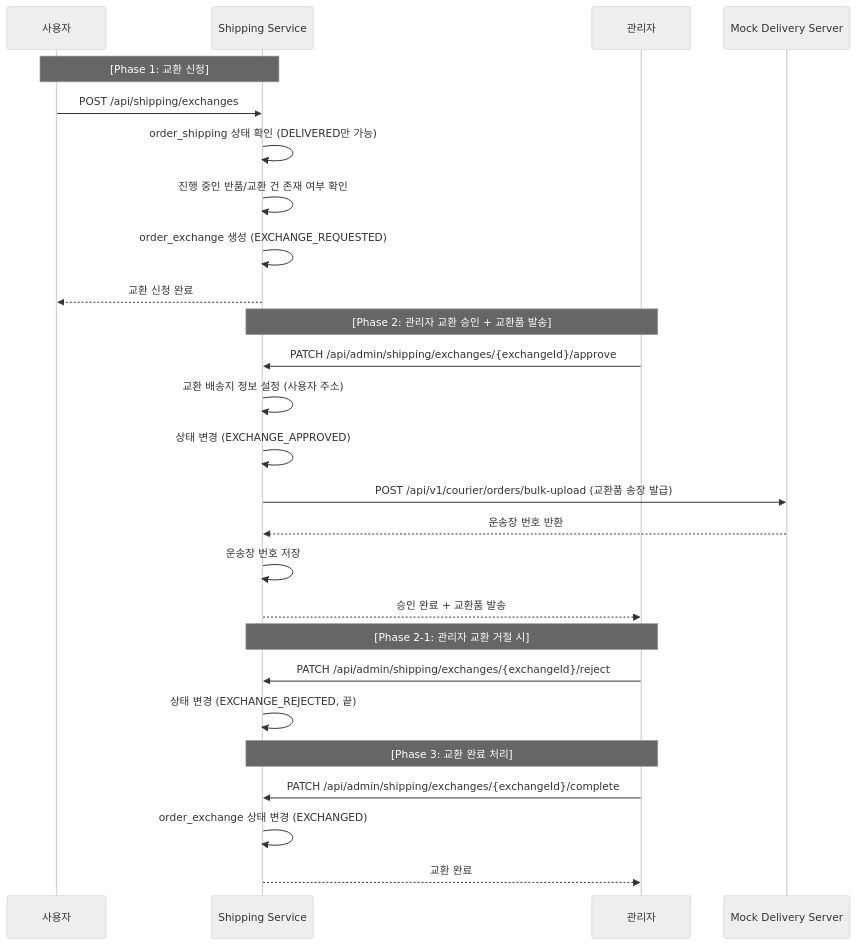
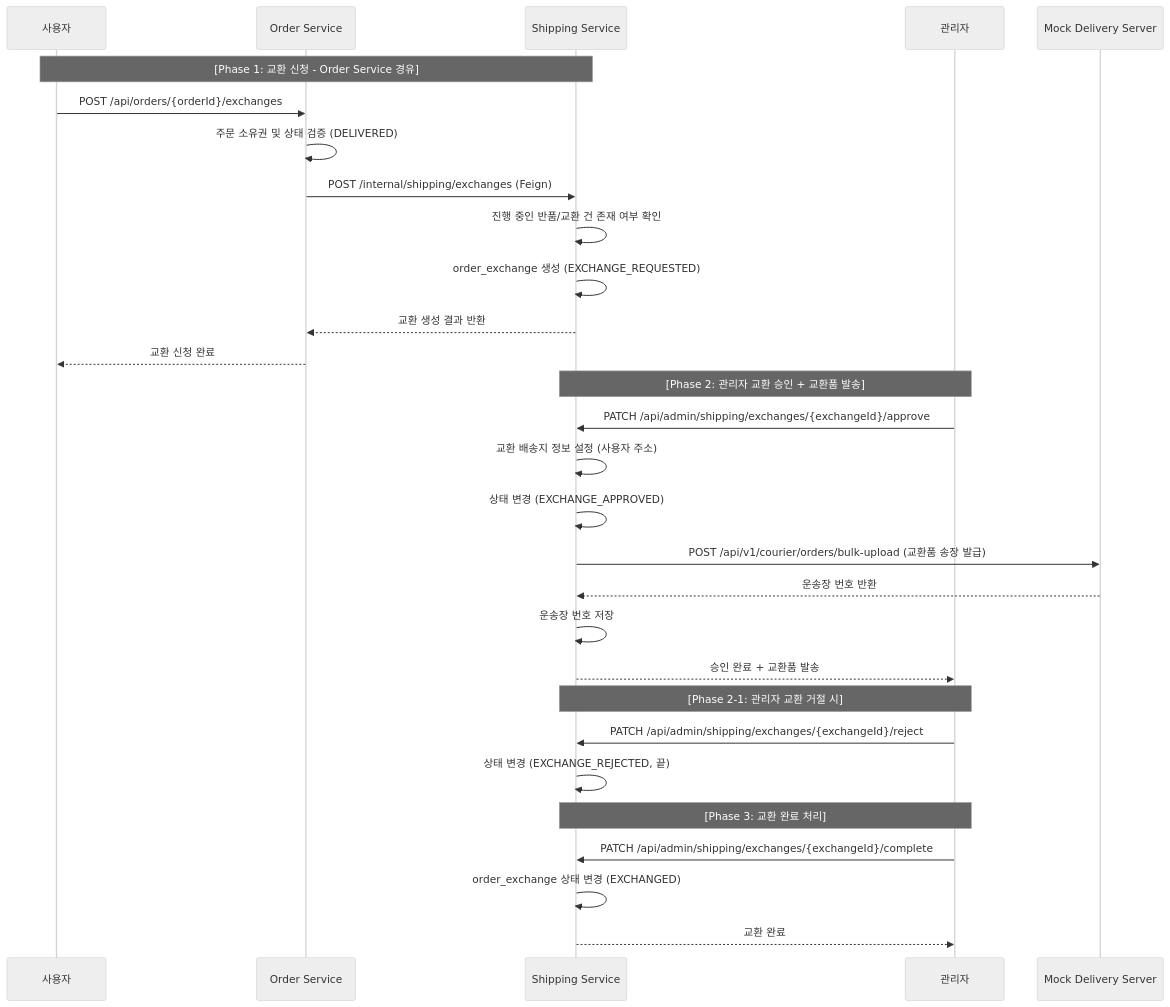
The fourth of 4 diagrams in service/shipping-service/README.md (gr1993/ecommerce-msa), drawn with Mermaid (neutral theme) before and after one commit. The commit also changed other lines of this file, not shown here.

Commit message:
docs(shipping): README 파일 반품, 교환 프로세스 문구 수정

````diff
--- a/service/shipping-service/README.md
+++ b/service/shipping-service/README.md
@@ -181,32 +208,35 @@
 ```mermaid
 sequenceDiagram
     participant User as 사용자
+    participant Order as Order Service
     participant Ship as Shipping Service
     participant Admin as 관리자
     participant Mock as Mock Delivery Server
 
-    Note over User, Ship: [Phase 1: 교환 신청]
-    User->>Ship: POST /api/shipping/exchanges
-    Ship->>Ship: order_shipping 상태 확인 (DELIVERED만 가능)
+    Note over User, Ship: [Phase 1: 교환 신청 - Order Service 경유]
+    User->>Order: POST /api/orders/{orderId}/exchanges
+    Order->>Order: 주문 소유권 및 상태 검증 (DELIVERED)
+    Order->>Ship: POST /internal/shipping/exchanges (Feign)
     Ship->>Ship: 진행 중인 반품/교환 건 존재 여부 확인
     Ship->>Ship: order_exchange 생성 (EXCHANGE_REQUESTED)
-    Ship-->>User: 교환 신청 완료
+    Ship-->>Order: 교환 생성 결과 반환
+    Order-->>User: 교환 신청 완료
 
     Note over Admin, Ship: [Phase 2: 관리자 교환 승인 + 교환품 발송]
     Admin->>Ship: PATCH /api/admin/shipping/exchanges/{exchangeId}/approve
     Ship->>Ship: 교환 배송지 정보 설정 (사용자 주소)
     Ship->>Ship: 상태 변경 (EXCHANGE_APPROVED)
     Ship->>Mock: POST /api/v1/courier/orders/bulk-upload (교환품 송장 발급)
     Mock-->>Ship: 운송장 번호 반환
     Ship->>Ship: 운송장 번호 저장
     Ship-->>Admin: 승인 완료 + 교환품 발송
 
     Note over Admin, Ship: [Phase 2-1: 관리자 교환 거절 시]
     Admin->>Ship: PATCH /api/admin/shipping/exchanges/{exchangeId}/reject
     Ship->>Ship: 상태 변경 (EXCHANGE_REJECTED, 끝)
 
     Note over Admin, Ship: [Phase 3: 교환 완료 처리]
     Admin->>Ship: PATCH /api/admin/shipping/exchanges/{exchangeId}/complete
     Ship->>Ship: order_exchange 상태 변경 (EXCHANGED)
     Ship-->>Admin: 교환 완료
 ```
````
